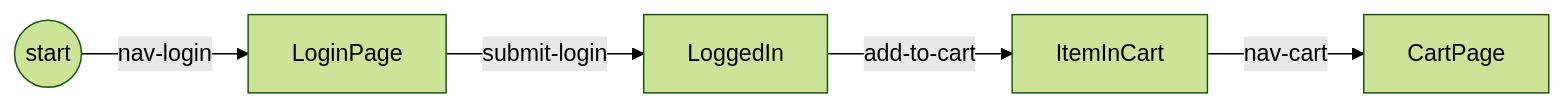
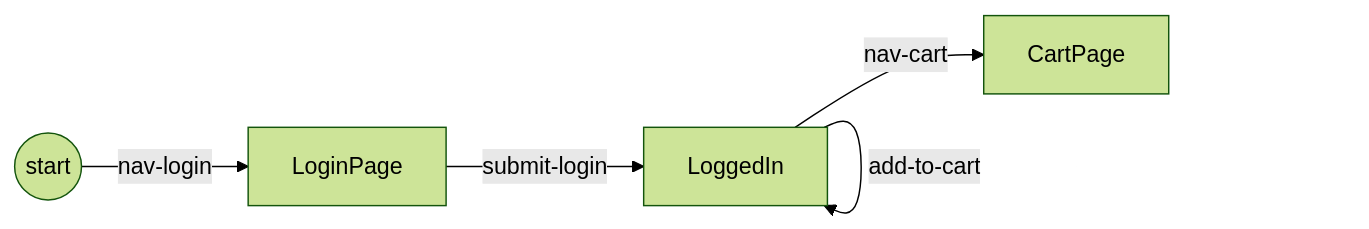
The diagram in docs/index.md (deviate-dv8/waygraph), drawn with Mermaid (forest theme) before and after one commit. The commit also changed other lines of this file and 36 other files, not shown here.

````diff
--- a/docs/index.md
+++ b/docs/index.md
@@ -23,7 +23,7 @@
 ```mermaid
 graph LR
   S((start)) -->|nav-login| L[LoginPage]
   L -->|submit-login| I[LoggedIn]
-  I -->|add-to-cart| C[ItemInCart]
-  C -->|nav-cart| P[CartPage]
+  I -->|add-to-cart| I
+  I -->|nav-cart| P[CartPage]
 ```
````
